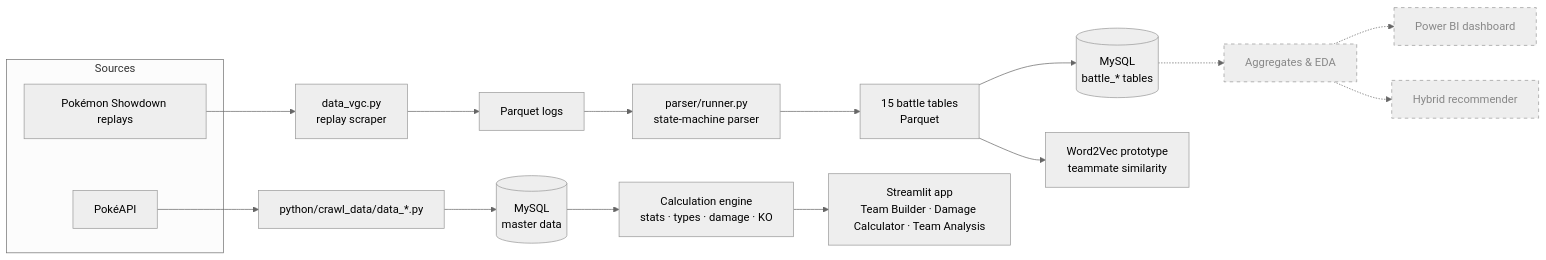
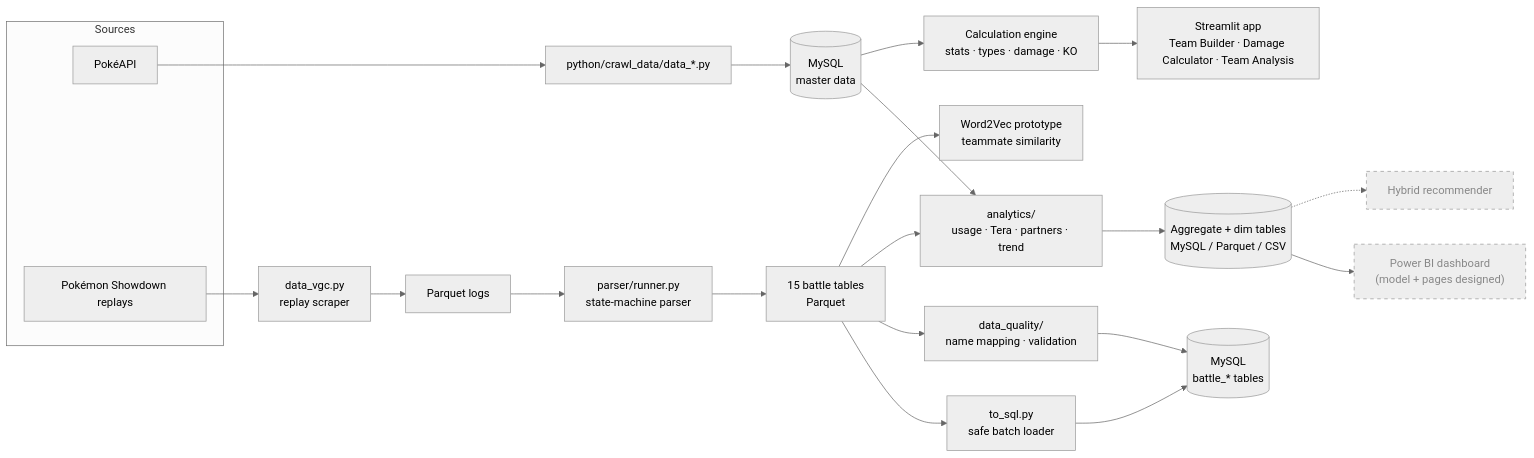
The diagram in README.md (hoangphuc082602/Pokemon-Competitive-Analysis), drawn with Mermaid (neutral theme) before and after one commit. The commit also changed other lines of this file and 3 other files, not shown here.

Commit message:
Docs: METRICS, README, Power BI plan, SQL migrations

````diff
--- a/README.md
+++ b/README.md
@@ -35,26 +39,31 @@
 ```mermaid
 flowchart LR
     subgraph Sources
         A["PokéAPI"]
         B["Pokémon Showdown replays"]
     end
 
     A --> C["python/crawl_data/data_*.py"]
     C --> D[("MySQL<br/>master data")]
 
     B --> E["data_vgc.py<br/>replay scraper"]
     E --> F["Parquet logs"]
     F --> G["parser/runner.py<br/>state-machine parser"]
     G --> H["15 battle tables<br/>Parquet"]
-    H --> I[("MySQL<br/>battle_* tables")]
+    H --> P["to_sql.py<br/>safe batch loader"] --> I[("MySQL<br/>battle_* tables")]
+    H --> Q["data_quality/<br/>name mapping · validation"]
+    Q --> I
+
+    H --> R["analytics/<br/>usage · Tera · partners · trend"]
+    D --> R
+    R --> M[("Aggregate + dim tables<br/>MySQL / Parquet / CSV")]
 
     D --> J["Calculation engine<br/>stats · types · damage · KO"]
     J --> K["Streamlit app<br/>Team Builder · Damage Calculator · Team Analysis"]
     H --> L["Word2Vec prototype<br/>teammate similarity"]
 
-    I -.-> M["Aggregates & EDA"]:::planned
-    M -.-> N["Power BI dashboard"]:::planned
+    M --> N["Power BI dashboard<br/>(model + pages designed)"]:::planned
     M -.-> O["Hybrid recommender"]:::planned
 
     classDef planned stroke-dasharray: 5 5,color:#888;
 ```
````
